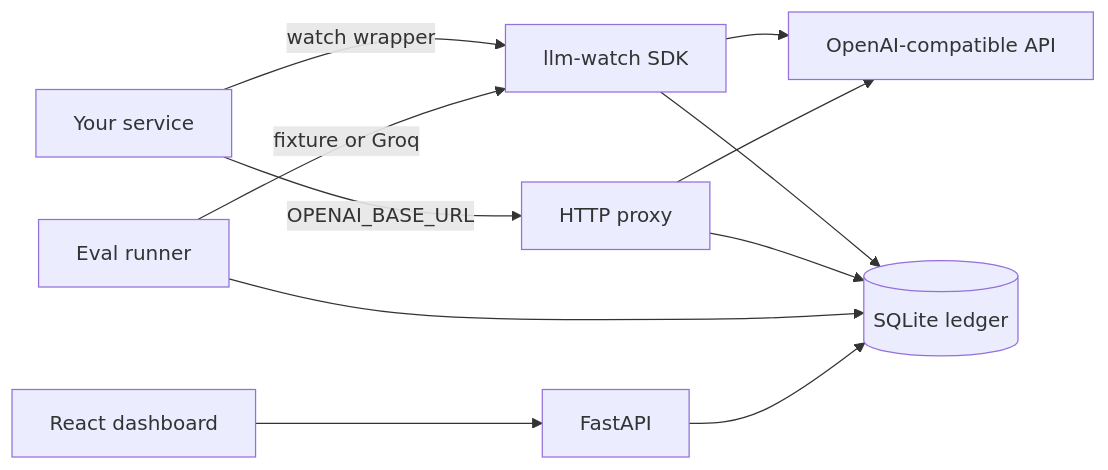
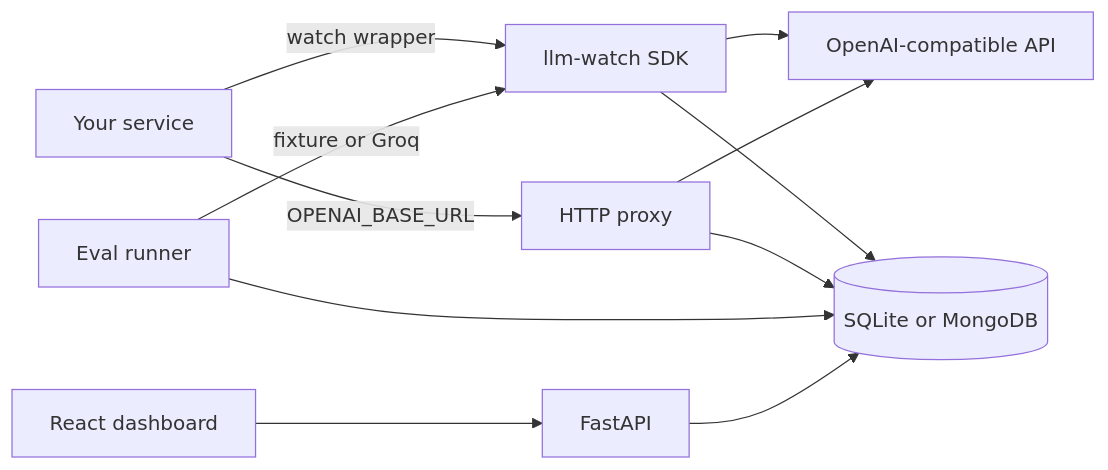
One commit to kfairy9999/llm-watch changed the first of 2 diagrams in README.md. Above: the diagram before and after it, drawn with Mermaid. The commit also changed other lines of this file and 18 other files, not shown here.

First line of the commit message:
Add an optional MongoDB document store for the call ledger

````diff
--- a/README.md
+++ b/README.md
@@ -35,22 +35,22 @@
 ```mermaid
 flowchart LR
   app[Your service]
   sdk[llm-watch SDK]
   proxy[HTTP proxy]
   provider[OpenAI-compatible API]
-  db[(SQLite ledger)]
+  db[(SQLite or MongoDB)]
   runner[Eval runner]
   api[FastAPI]
   ui[React dashboard]
 
   app -->|watch wrapper| sdk
   app -->|OPENAI_BASE_URL| proxy
   sdk --> provider
   proxy --> provider
   sdk --> db
   proxy --> db
   runner -->|fixture or Groq| sdk
   runner --> db
   api --> db
   ui --> api
 ```
````
